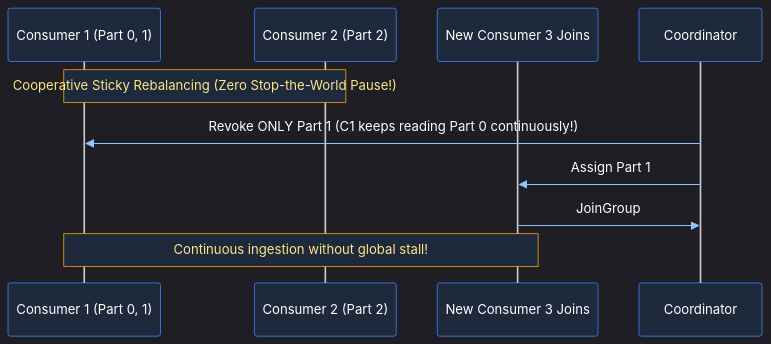
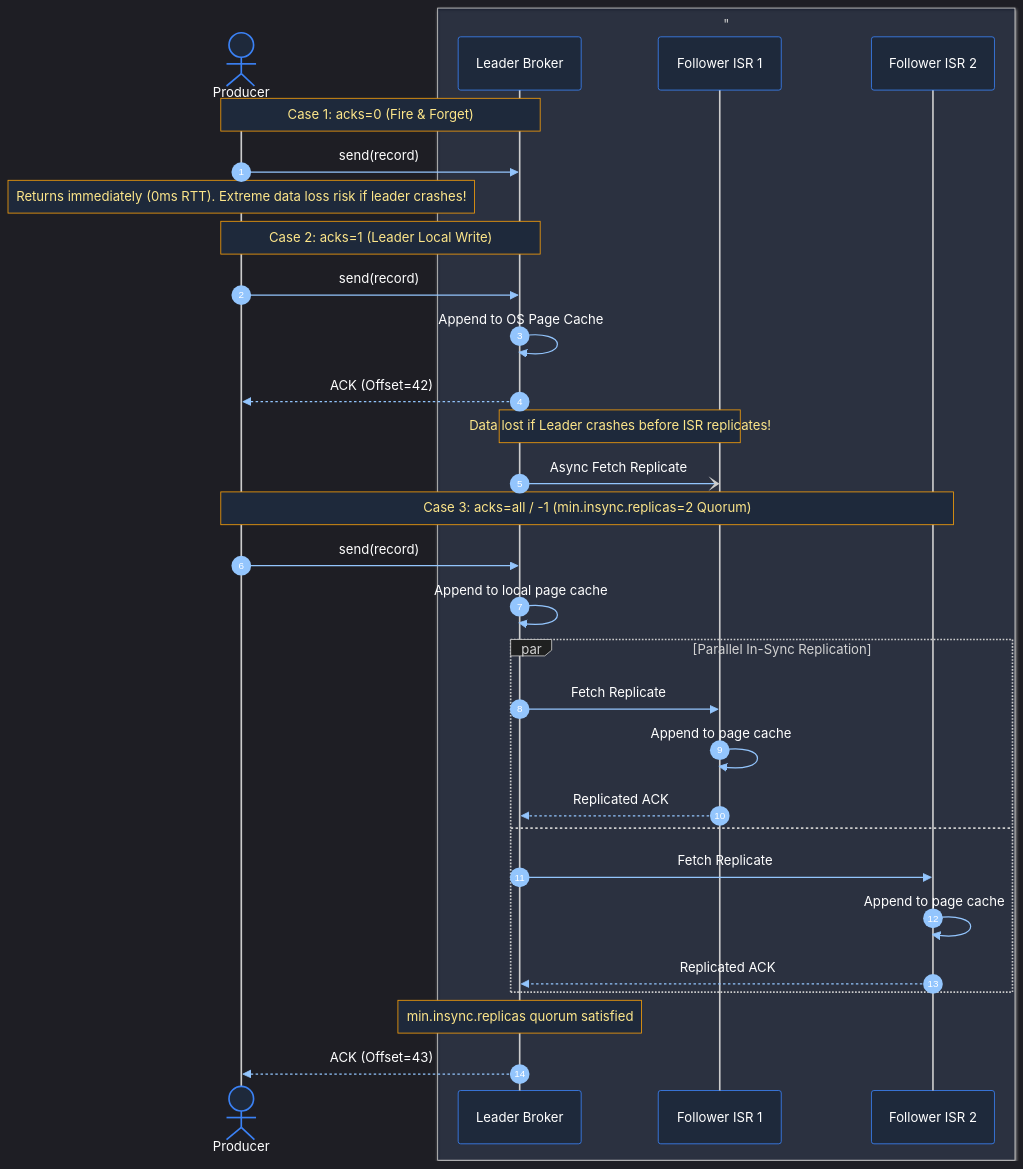
The tenth of 14 diagrams in Data Engineering/11_streaming_and_kafka_event_streaming.md (joydeep-biswas/Interview-Preparation), drawn with Mermaid before and after one commit. The commit also changed other lines of this file and 143 other files, not shown here.

````diff
--- a/Data Engineering/11_streaming_and_kafka_event_streaming.md
+++ b/Data Engineering/11_streaming_and_kafka_event_streaming.md
@@ -531,13 +487,37 @@
 ```mermaid
 %%{init: {'theme': 'dark', 'themeVariables': { 'actorBkg': '#1e293b', 'actorBorder': '#3b82f6', 'actorTextColor': '#ffffff', 'signalColor': '#93c5fd', 'signalTextColor': '#ffffff', 'noteBkgColor': '#1e293b', 'noteBorderColor': '#f59e0b', 'noteTextColor': '#fde68a', 'activationBkgColor': '#3b82f6', 'sequenceNumberColor': '#ffffff' }}}%%
 sequenceDiagram
-    participant C1 as Consumer 1 (Part 0, 1)
-    participant C2 as Consumer 2 (Part 2)
-    participant C3 as New Consumer 3 Joins
+    autonumber
+    actor Producer
+    box rgba(15, 23, 42, 0.8) "Kafka Cluster (replication.factor=3)"
+        participant Leader as Leader Broker
+        participant ISR1 as Follower ISR 1
+        participant ISR2 as Follower ISR 2
+    end
 
-    Note over C1, C2: Cooperative Sticky Rebalancing (Zero Stop-the-World Pause!)
-    Coordinator ->> C1: Revoke ONLY Part 1 (C1 keeps reading Part 0 continuously!)
-    Coordinator ->> C3: Assign Part 1
-    C3 ->> Coordinator: JoinGroup
-    Note over C1, C3: Continuous ingestion without global stall!
+    Note over Producer,Leader: Case 1: acks=0 (Fire & Forget)
+    Producer->>Leader: send(record)
+    Note over Producer: Returns immediately (0ms RTT). Extreme data loss risk if leader crashes!
+
+    Note over Producer,Leader: Case 2: acks=1 (Leader Local Write)
+    Producer->>Leader: send(record)
+    Leader->>Leader: Append to OS Page Cache
+    Leader-->>Producer: ACK (Offset=42)
+    Note over Leader,ISR1: Data lost if Leader crashes before ISR replicates!
+    Leader-)ISR1: Async Fetch Replicate
+
+    Note over Producer,ISR2: Case 3: acks=all / -1 (min.insync.replicas=2 Quorum)
+    Producer->>Leader: send(record)
+    Leader->>Leader: Append to local page cache
+    par Parallel In-Sync Replication
+        Leader->>ISR1: Fetch Replicate
+        ISR1->>ISR1: Append to page cache
+        ISR1-->>Leader: Replicated ACK
+    and
+        Leader->>ISR2: Fetch Replicate
+        ISR2->>ISR2: Append to page cache
+        ISR2-->>Leader: Replicated ACK
+    end
+    Note over Leader: min.insync.replicas quorum satisfied
+    Leader-->>Producer: ACK (Offset=43)
 ```
````
